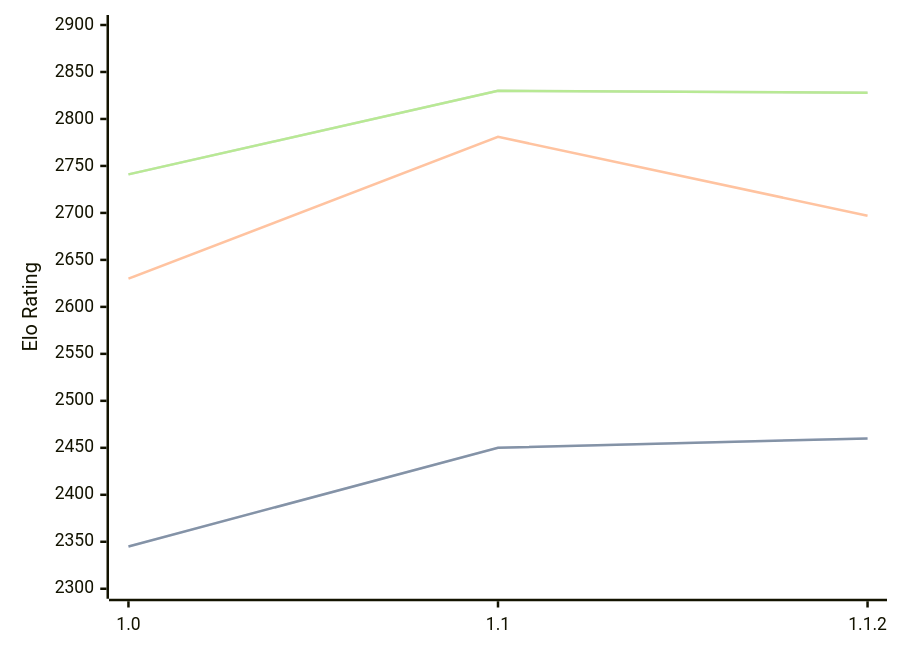
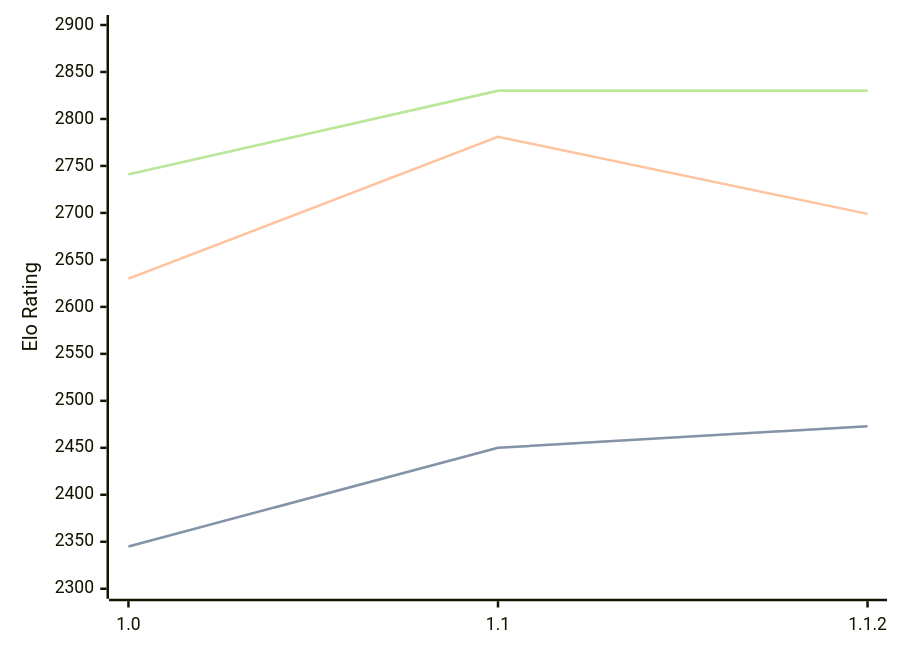
The diagram in engines/Casanchess.md (computer-chess-index/cci), drawn with Mermaid before and after one commit. The commit also changed other lines of this file, not shown here.

Commit message:
Update CCI Ratings (ELO VLTC) - 2026-09-17

````diff
--- a/engines/Casanchess.md
+++ b/engines/Casanchess.md
@@ -33,11 +33,11 @@
 ```mermaid
 %%{init: {"theme":"base","themeVariables":{"seriesColors:['#a3a3a3','#222221','#faa371']}}}%%
 xychart-beta
   x-axis ["1.0", "1.1", "1.1.2"]
   y-axis "Elo Rating" 2300 --> 2900
-  line "" [2345, 2450, 2460]
-  line "STC (8.0+0.08s)" [2345, 2450, 2460]
-  line "LTC (60.0+0.60s)" [2630, 2781, 2697]
-  line "" [2741, 2830, 2828]
-  line "VLTC (2m24s+1.12s)" [2741, 2830, 2828]
+  line "" [2345, 2450, 2473]
+  line "STC (8.0+0.08s)" [2345, 2450, 2473]
+  line "LTC (60.0+0.60s)" [2630, 2781, 2699]
+  line "" [2741, 2830, 2830]
+  line "VLTC (2m24s+1.12s)" [2741, 2830, 2830]
 ```
````
